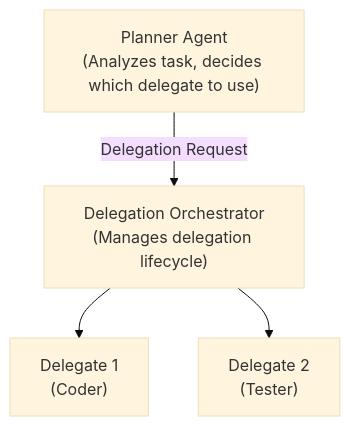
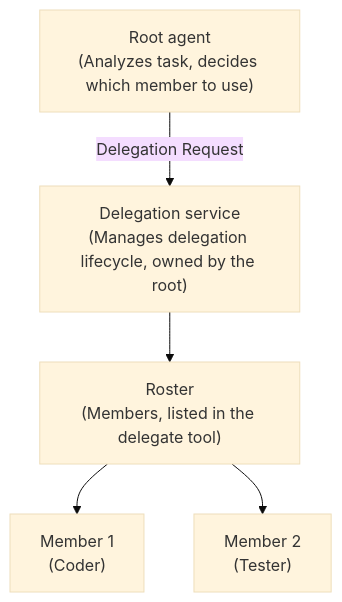
The diagram in docs/docs/agent/delegation.md (querymt/querymt), drawn with Mermaid (base theme) before and after one commit. The commit also changed other lines of this file and 197 other files, not shown here.

````diff
--- a/docs/docs/agent/delegation.md
+++ b/docs/docs/agent/delegation.md
@@ -16,10 +18,12 @@
 ```mermaid
 flowchart TD
-    P["Planner Agent<br/>(Analyzes task, decides which delegate to use)"]
-    O["Delegation Orchestrator<br/>(Manages delegation lifecycle)"]
-    D1["Delegate 1<br/>(Coder)"]
-    D2["Delegate 2<br/>(Tester)"]
+    R["Root agent<br/>(Analyzes task, decides which member to use)"]
+    S["Delegation service<br/>(Manages delegation lifecycle, owned by the root)"]
+    RO["Roster<br/>(Members, listed in the delegate tool)"]
+    D1["Member 1<br/>(Coder)"]
+    D2["Member 2<br/>(Tester)"]
 
-    P -->|"Delegation Request"| O
-    O --> D1 & D2
+    R -->|"Delegation Request"| S
+    S --> RO
+    RO --> D1 & D2
 ```
````
